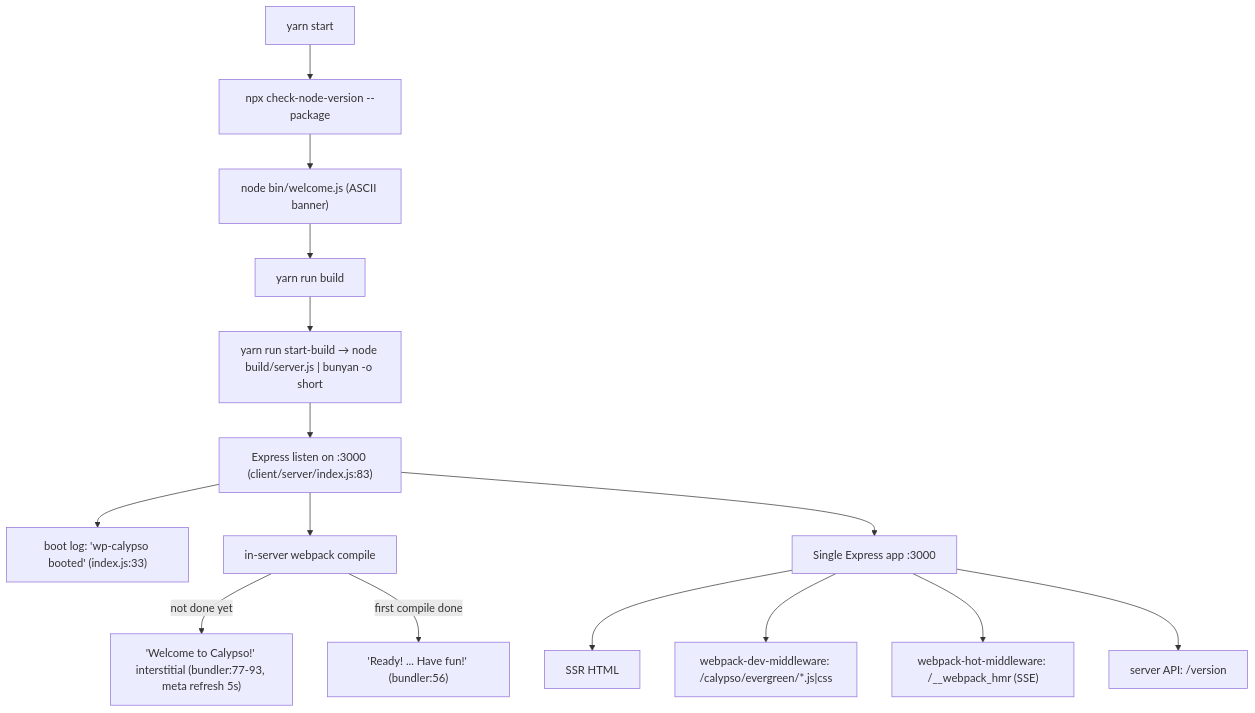
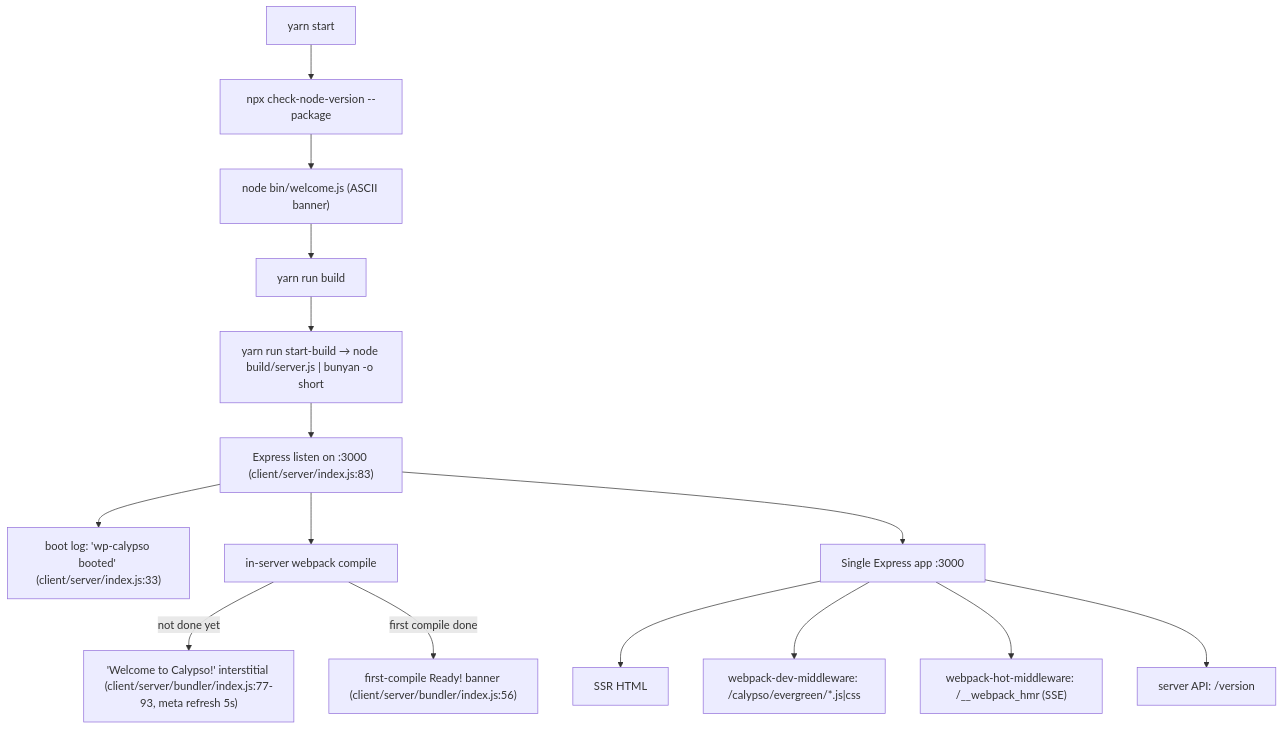
Before and after one commit to blitzy-research/wp-calypso: the first of 2 diagrams in blitzy/documentation/wp-calypso_be7e5cc64162.md, drawn with Mermaid. The commit also changed other lines of this file, not shown here.

````diff
--- a/blitzy/documentation/wp-calypso_be7e5cc64162.md
+++ b/blitzy/documentation/wp-calypso_be7e5cc64162.md
@@ -165,17 +564,17 @@
 ```mermaid
 flowchart TD
     A["yarn start"] --> B["npx check-node-version --package"]
     B --> C["node bin/welcome.js (ASCII banner)"]
     C --> D["yarn run build"]
     D --> E["yarn run start-build → node build/server.js | bunyan -o short"]
     E --> F["Express listen on :3000 (client/server/index.js:83)"]
-    F --> G["boot log: 'wp-calypso booted' (index.js:33)"]
+    F --> G["boot log: 'wp-calypso booted' (client/server/index.js:33)"]
     F --> H["in-server webpack compile"]
-    H -- "not done yet" --> I["'Welcome to Calypso!' interstitial (bundler:77-93, meta refresh 5s)"]
-    H -- "first compile done" --> J["'Ready! ... Have fun!' (bundler:56)"]
+    H -- "not done yet" --> I["'Welcome to Calypso!' interstitial (client/server/bundler/index.js:77-93, meta refresh 5s)"]
+    H -- "first compile done" --> J["first-compile Ready! banner (client/server/bundler/index.js:56)"]
     F --> K["Single Express app :3000"]
     K --> K1["SSR HTML"]
     K --> K2["webpack-dev-middleware: /calypso/evergreen/*.js|css"]
     K --> K3["webpack-hot-middleware: /__webpack_hmr (SSE)"]
     K --> K4["server API: /version"]
 ```
````
